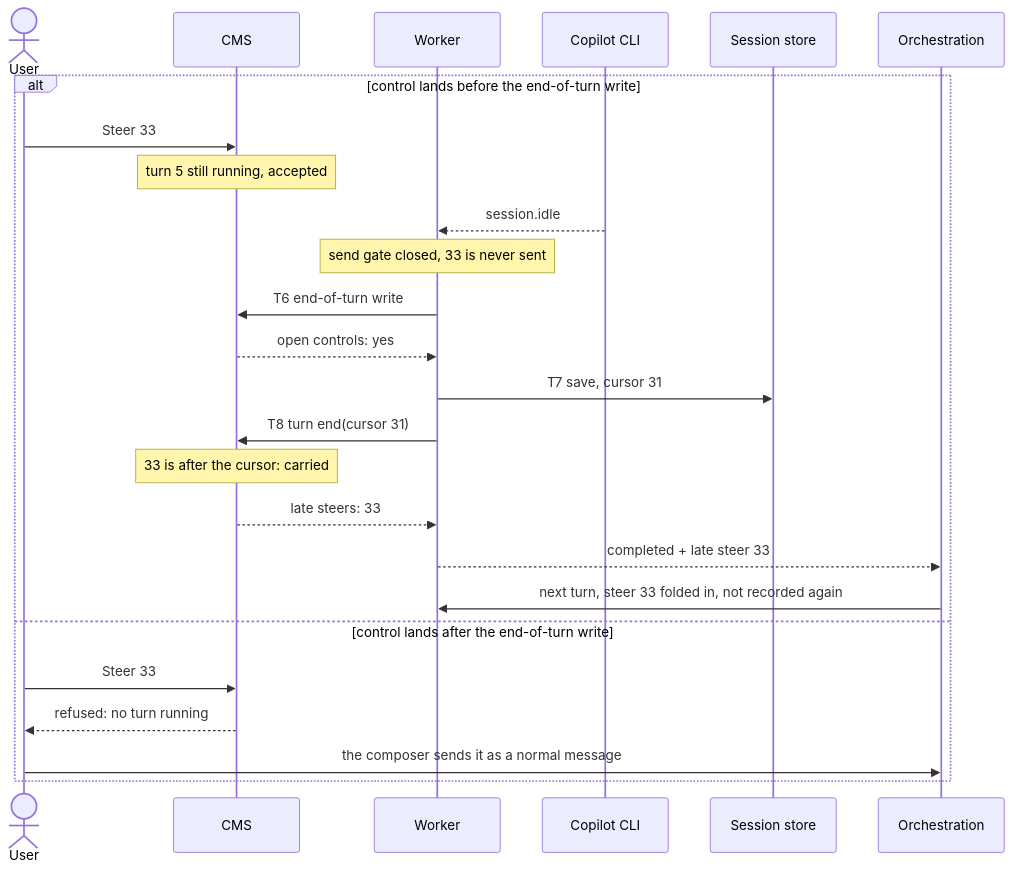
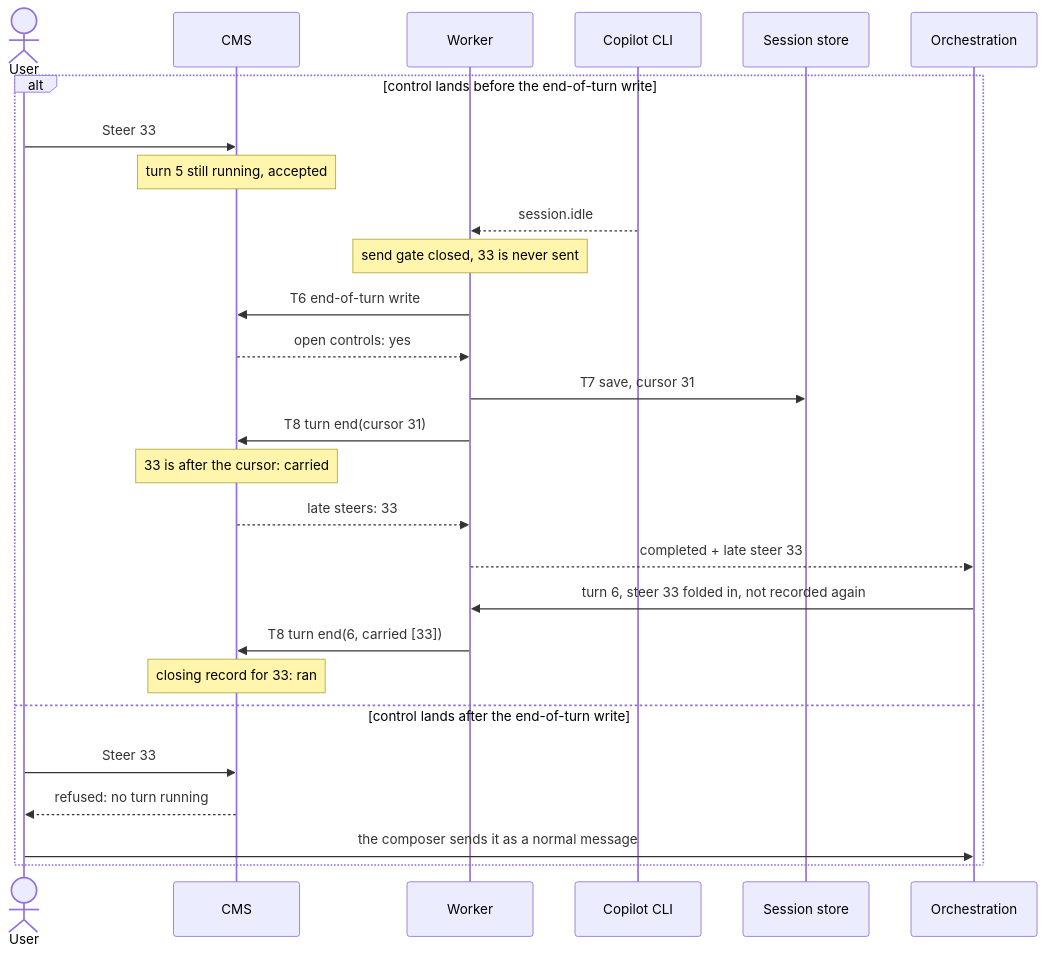
Before and after one commit to microsoft/PilotSwarm: the fifth of 13 diagrams in docs/proposals/session-turn-control.md, drawn with Mermaid. The commit also changed other lines of this file, not shown here.

Commit message:
docs(turn-control): design revision 6 (as built)

````diff
--- a/docs/proposals/session-turn-control.md
+++ b/docs/proposals/session-turn-control.md
@@ -273,27 +321,29 @@
 ```mermaid
 sequenceDiagram
     actor U as User
     participant DB as CMS
     participant W as Worker
     participant C as Copilot CLI
     participant S as Session store
     participant O as Orchestration
     alt control lands before the end-of-turn write
         U->>DB: Steer 33
         Note over DB: turn 5 still running, accepted
         C-->>W: session.idle
         Note over W: send gate closed, 33 is never sent
         W->>DB: T6 end-of-turn write
         DB-->>W: open controls: yes
         W->>S: T7 save, cursor 31
         W->>DB: T8 turn end(cursor 31)
         Note over DB: 33 is after the cursor: carried
         DB-->>W: late steers: 33
         W-->>O: completed + late steer 33
-        O->>W: next turn, steer 33 folded in, not recorded again
+        O->>W: turn 6, steer 33 folded in, not recorded again
+        W->>DB: T8 turn end(6, carried [33])
+        Note over DB: closing record for 33: ran
     else control lands after the end-of-turn write
         U->>DB: Steer 33
         DB-->>U: refused: no turn running
         U->>O: the composer sends it as a normal message
     end
 ```
````
